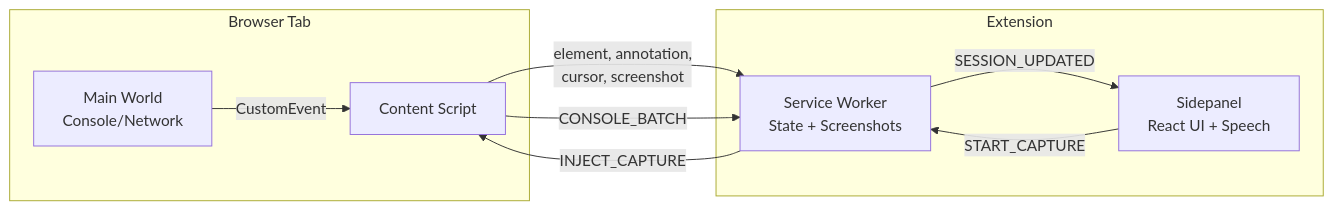
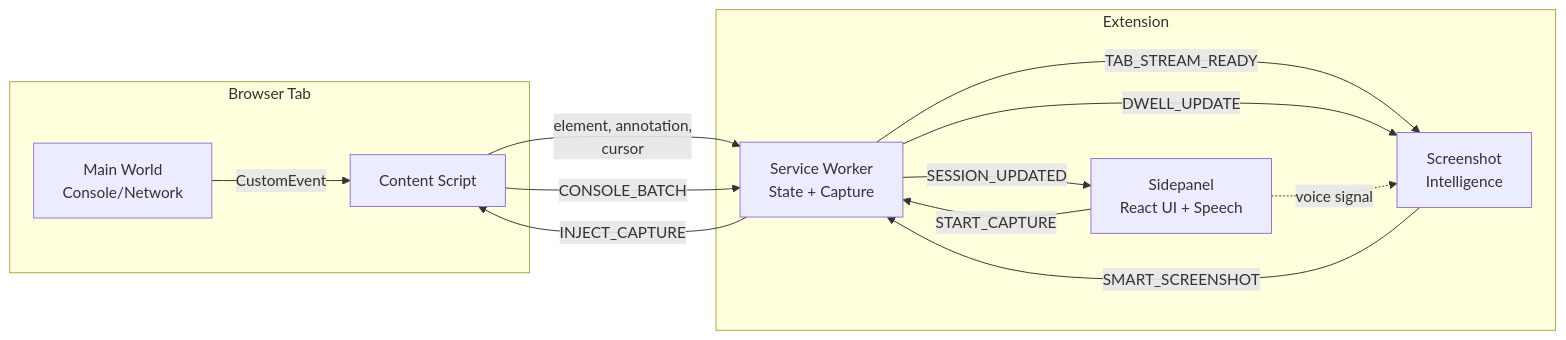
The diagram in README.md (BraedenBDev/pointdev), drawn with Mermaid before and after one commit. The commit also changed other lines of this file, not shown here.

First line of the commit message:
docs: update README with smart screenshot intelligence feature

````diff
--- a/README.md
+++ b/README.md
@@ -115,18 +115,23 @@
 ```mermaid
 flowchart LR
     subgraph Browser Tab
         CS[Content Script]
         MW[Main World<br/>Console/Network]
     end
     subgraph Extension
         SP[Sidepanel<br/>React UI + Speech]
-        SW[Service Worker<br/>State + Screenshots]
+        SI[Screenshot<br/>Intelligence]
+        SW[Service Worker<br/>State + Capture]
     end
 
     SP -- START_CAPTURE --> SW
     SW -- INJECT_CAPTURE --> CS
-    CS -- element, annotation,<br/>cursor, screenshot --> SW
+    SW -- TAB_STREAM_READY --> SI
+    CS -- element, annotation,<br/>cursor --> SW
     MW -- CustomEvent --> CS
     CS -- CONSOLE_BATCH --> SW
+    SW -- DWELL_UPDATE --> SI
+    SP -. voice signal .-> SI
+    SI -- SMART_SCREENSHOT --> SW
     SW -- SESSION_UPDATED --> SP
 ```
````
